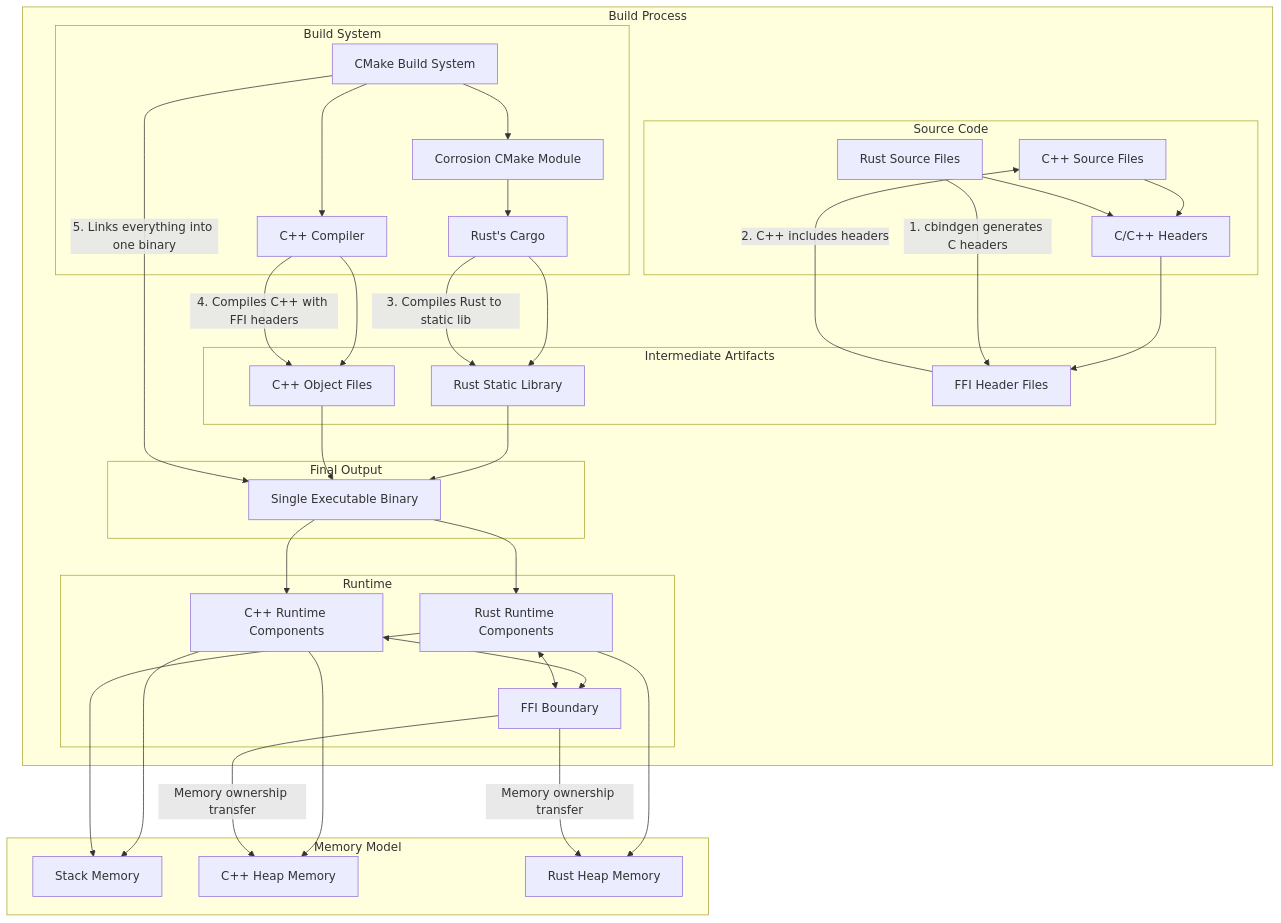
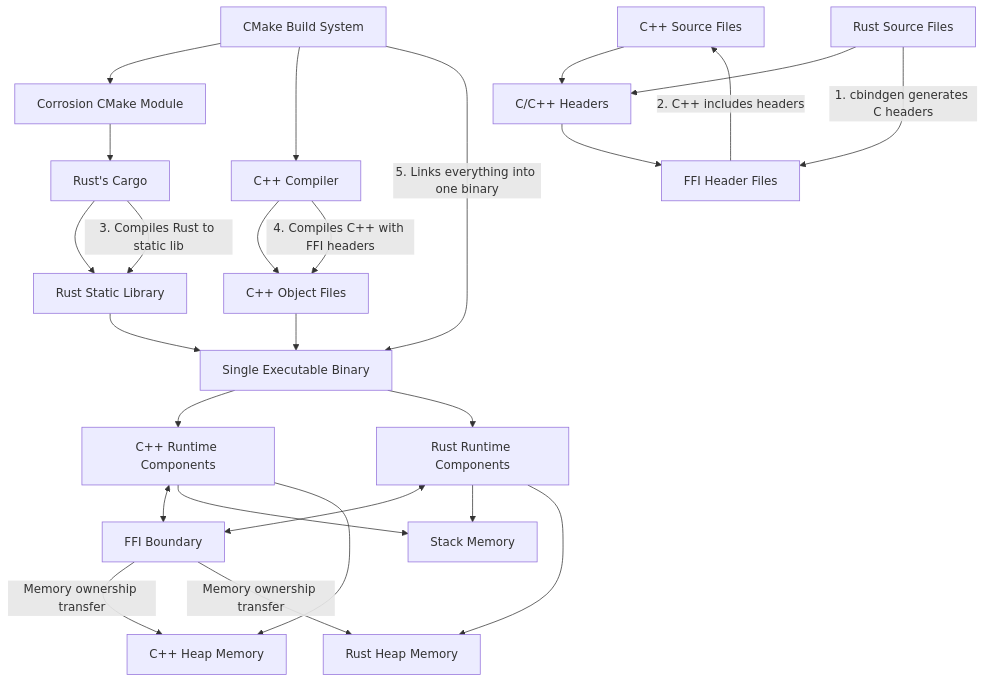
One commit to shahern004/CRUSTy-Core changed the seventh of 7 diagrams in Documentation/CRUSTY-Core_System_Design.md. Above: the diagram before and after it, drawn with Mermaid. The commit also changed other lines of this file, not shown here.

Commit message:
Fix Mermaid diagrams in system design document to resolve rendering issues

````diff
--- a/Documentation/CRUSTY-Core_System_Design.md
+++ b/Documentation/CRUSTY-Core_System_Design.md
@@ -780,78 +776,70 @@
 ```mermaid
 graph TD
-    subgraph "Build Process"
-        subgraph "Source Code"
-            CPP[C++ Source Files]
-            Rust[Rust Source Files]
-            Headers[C/C++ Headers]
-        end
-        
-        subgraph "Build System"
-            CMake[CMake Build System]
-            Corrosion[Corrosion CMake Module]
-            Cargo[Rust's Cargo]
-            CXXCompiler[C++ Compiler]
-        end
-        
-        subgraph "Intermediate Artifacts"
-            RustLib[Rust Static Library]
-            CPPObj[C++ Object Files]
-            FFIHeaders[FFI Header Files]
-        end
-        
-        subgraph "Final Output"
-            Binary[Single Executable Binary]
-        end
-        
-        subgraph "Runtime"
-            CPPRuntime[C++ Runtime Components]
-            RustRuntime[Rust Runtime Components]
-            FFIBoundary[FFI Boundary]
-        end
-    end
+    %% Source Code
+    CPP[C++ Source Files]
+    Rust[Rust Source Files]
+    Headers[C/C++ Headers]
+    
+    %% Build System
+    CMake[CMake Build System]
+    Corrosion[Corrosion CMake Module]
+    Cargo[Rust's Cargo]
+    CXXCompiler[C++ Compiler]
+    
+    %% Intermediate Artifacts
+    RustLib[Rust Static Library]
+    CPPObj[C++ Object Files]
+    FFIHeaders[FFI Header Files]
+    
+    %% Final Output
+    Binary[Single Executable Binary]
+    
+    %% Runtime Components
+    CPPRuntime[C++ Runtime Components]
+    RustRuntime[Rust Runtime Components]
+    FFIBoundary[FFI Boundary]
+    
+    %% Memory Model
+    Stack[Stack Memory]
+    HeapCPP[C++ Heap Memory]
+    HeapRust[Rust Heap Memory]
     
     %% Source relationships
     CPP --> Headers
     Rust --> Headers
     
     %% Build system flow
     CMake --> Corrosion
     CMake --> CXXCompiler
     Corrosion --> Cargo
     
     %% Compilation flow
     Cargo --> RustLib
     CXXCompiler --> CPPObj
     Headers --> FFIHeaders
     
     %% Linking flow
     RustLib --> Binary
     CPPObj --> Binary
     
     %% Runtime relationships
     Binary --> CPPRuntime
     Binary --> RustRuntime
     CPPRuntime <--> FFIBoundary
     RustRuntime <--> FFIBoundary
     
     %% Detailed process steps
     Rust -- "1. cbindgen generates C headers" --> FFIHeaders
     FFIHeaders -- "2. C++ includes headers" --> CPP
     Cargo -- "3. Compiles Rust to static lib" --> RustLib
     CXXCompiler -- "4. Compiles C++ with FFI headers" --> CPPObj
     CMake -- "5. Links everything into one binary" --> Binary
     
-    %% Memory model
-    subgraph "Memory Model"
-        Stack[Stack Memory]
-        HeapCPP[C++ Heap Memory]
-        HeapRust[Rust Heap Memory]
-    end
-    
+    %% Memory ownership
     CPPRuntime --> Stack
     CPPRuntime --> HeapCPP
     RustRuntime --> Stack
     RustRuntime --> HeapRust
     FFIBoundary -- "Memory ownership transfer" --> HeapCPP
     FFIBoundary -- "Memory ownership transfer" --> HeapRust
 ```
````
